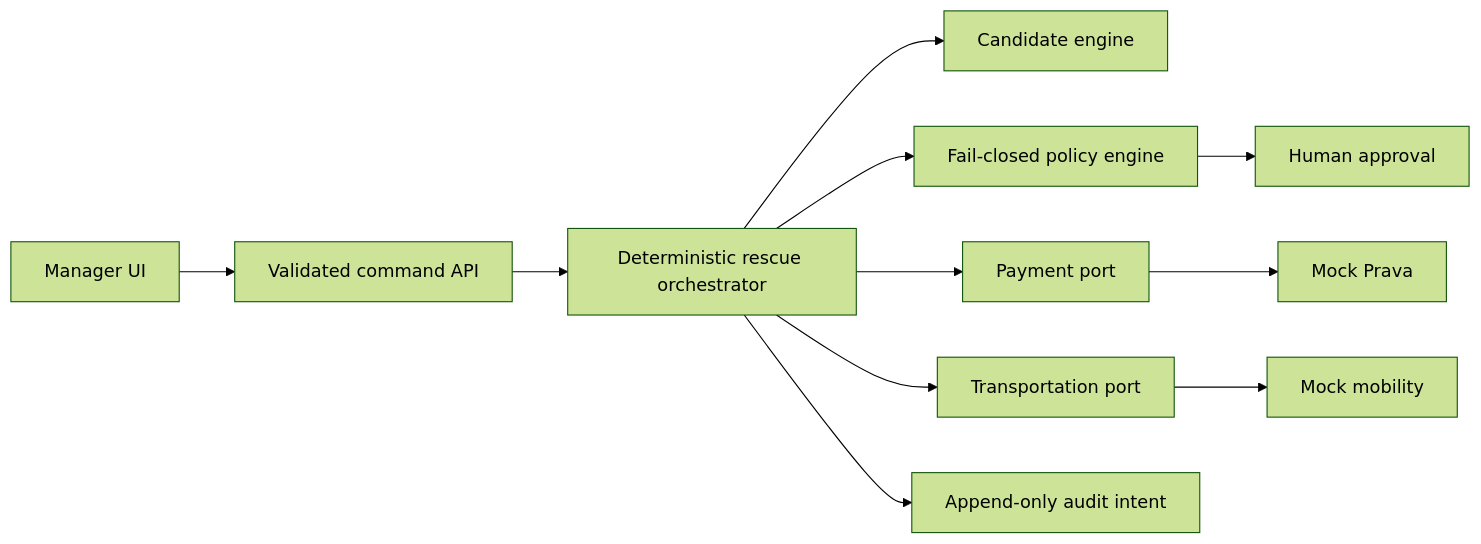
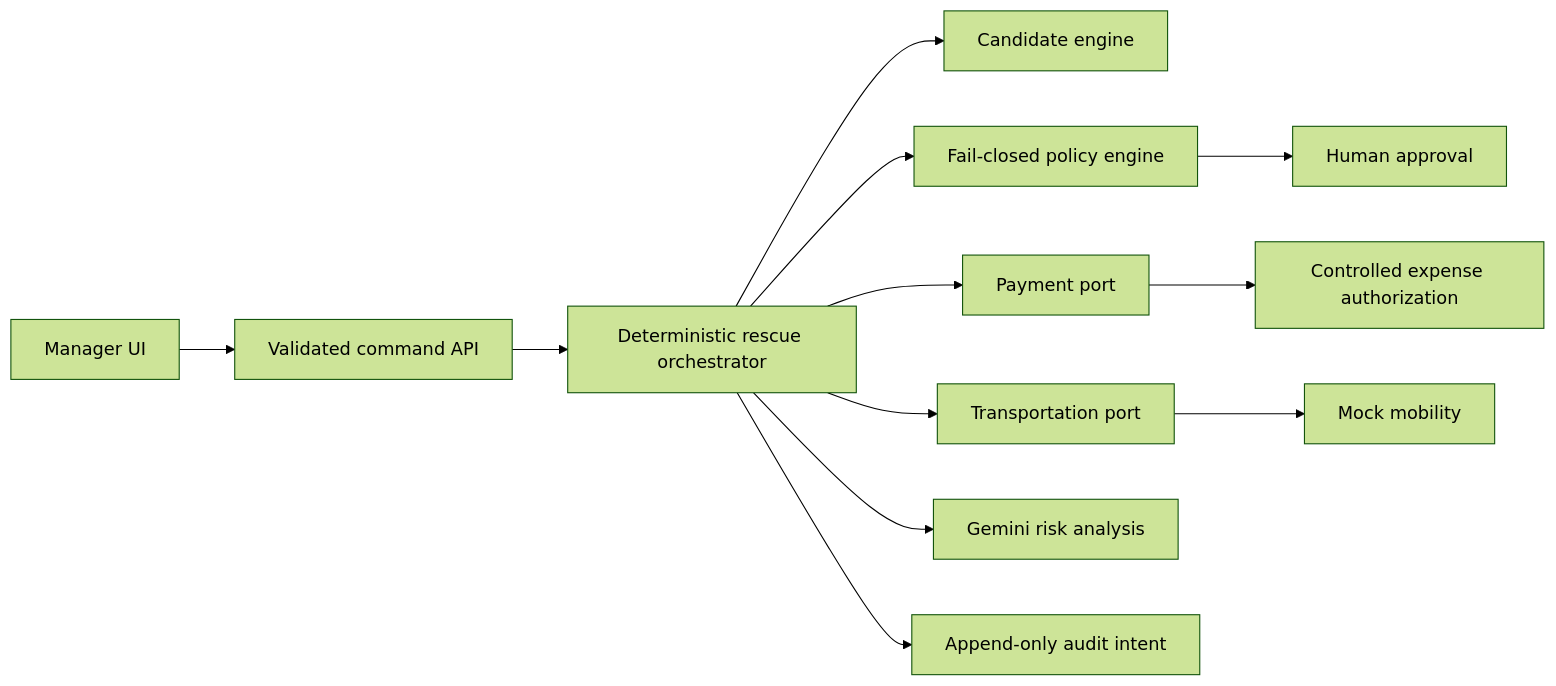
Before and after one commit to Destr0yering/shiftsecure: the first of 2 diagrams in README.md, drawn with Mermaid (forest theme). The commit also changed other lines of this file and 18 other files, not shown here.

````diff
--- a/README.md
+++ b/README.md
@@ -35,13 +35,14 @@
 ```mermaid
 flowchart LR
   UI[Manager UI] --> API[Validated command API]
   API --> O[Deterministic rescue orchestrator]
   O --> C[Candidate engine]
   O --> P[Fail-closed policy engine]
   P --> A[Human approval]
   O --> PP[Payment port]
   O --> TP[Transportation port]
-  PP --> MP[Mock Prava]
+  O --> G[Gemini risk analysis]
+  PP --> MP[Controlled expense authorization]
   TP --> MT[Mock mobility]
   O --> AU[Append-only audit intent]
 ```
````
